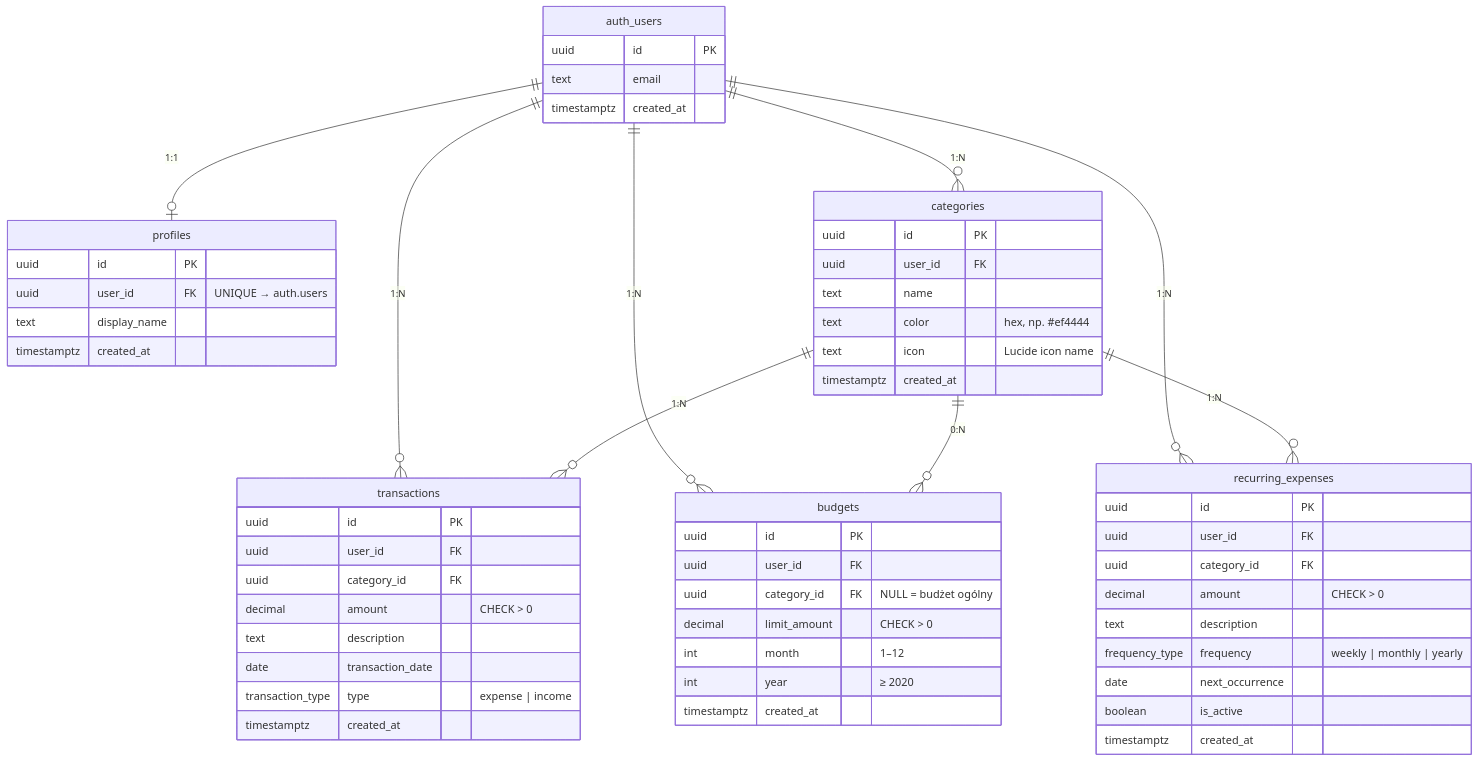
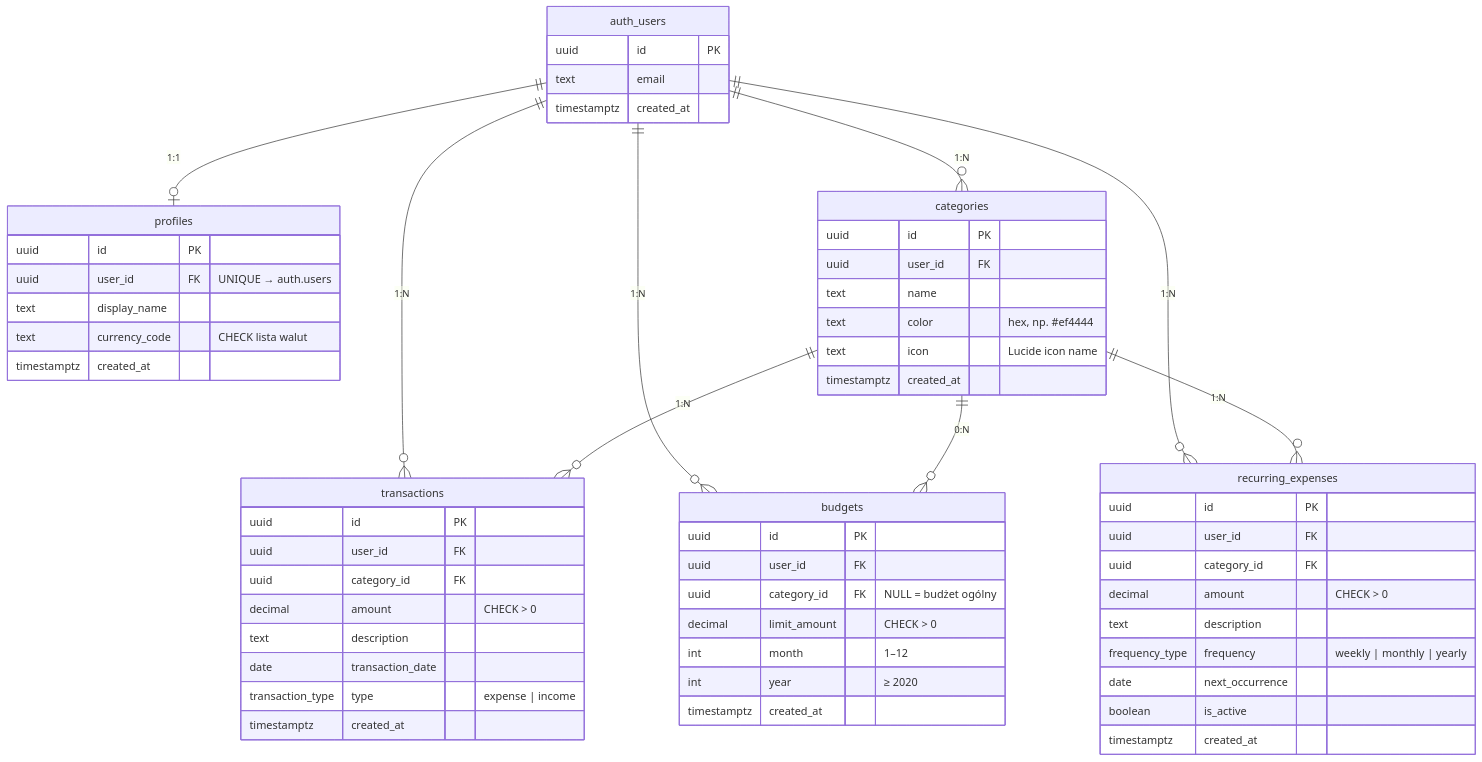
Before and after one commit to Scisly/budgetly: the diagram in docs/database-diagram.md, drawn with Mermaid. The commit also changed 26 other files, not shown here.

````diff
--- a/docs/database-diagram.md
+++ b/docs/database-diagram.md
@@ -7,67 +7,68 @@
 ```mermaid
 erDiagram
     auth_users ||--o| profiles : "1:1"
     auth_users ||--o{ categories : "1:N"
     auth_users ||--o{ transactions : "1:N"
     auth_users ||--o{ budgets : "1:N"
     auth_users ||--o{ recurring_expenses : "1:N"
 
     categories ||--o{ transactions : "1:N"
     categories ||--o{ budgets : "0:N"
     categories ||--o{ recurring_expenses : "1:N"
 
     auth_users {
         uuid id PK
         text email
         timestamptz created_at
     }
 
     profiles {
         uuid id PK
         uuid user_id FK "UNIQUE → auth.users"
         text display_name
+        text currency_code "CHECK lista walut"
         timestamptz created_at
     }
 
     categories {
         uuid id PK
         uuid user_id FK
         text name
         text color "hex, np. #ef4444"
         text icon "Lucide icon name"
         timestamptz created_at
     }
 
     transactions {
         uuid id PK
         uuid user_id FK
         uuid category_id FK
         decimal amount "CHECK > 0"
         text description
         date transaction_date
         transaction_type type "expense | income"
         timestamptz created_at
     }
 
     budgets {
         uuid id PK
         uuid user_id FK
         uuid category_id FK "NULL = budżet ogólny"
         decimal limit_amount "CHECK > 0"
         int month "1–12"
         int year "≥ 2020"
         timestamptz created_at
     }
 
     recurring_expenses {
         uuid id PK
         uuid user_id FK
         uuid category_id FK
         decimal amount "CHECK > 0"
         text description
         frequency_type frequency "weekly | monthly | yearly"
         date next_occurrence
         boolean is_active
         timestamptz created_at
     }
 ```
````
